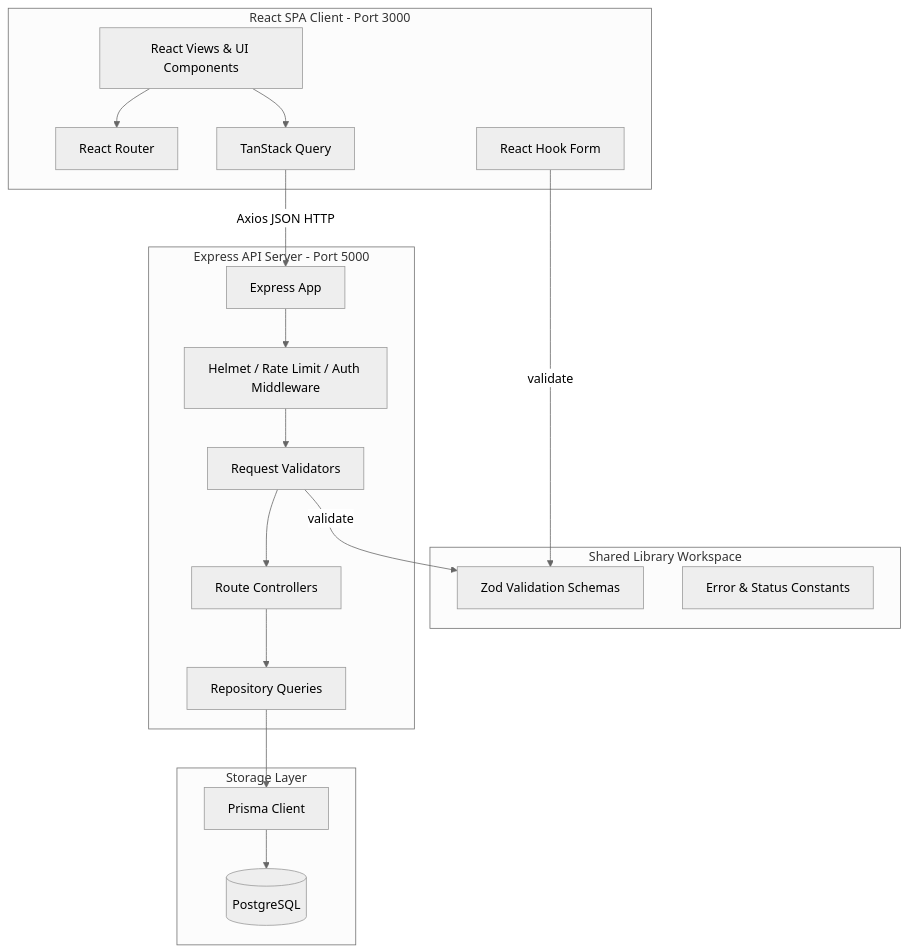
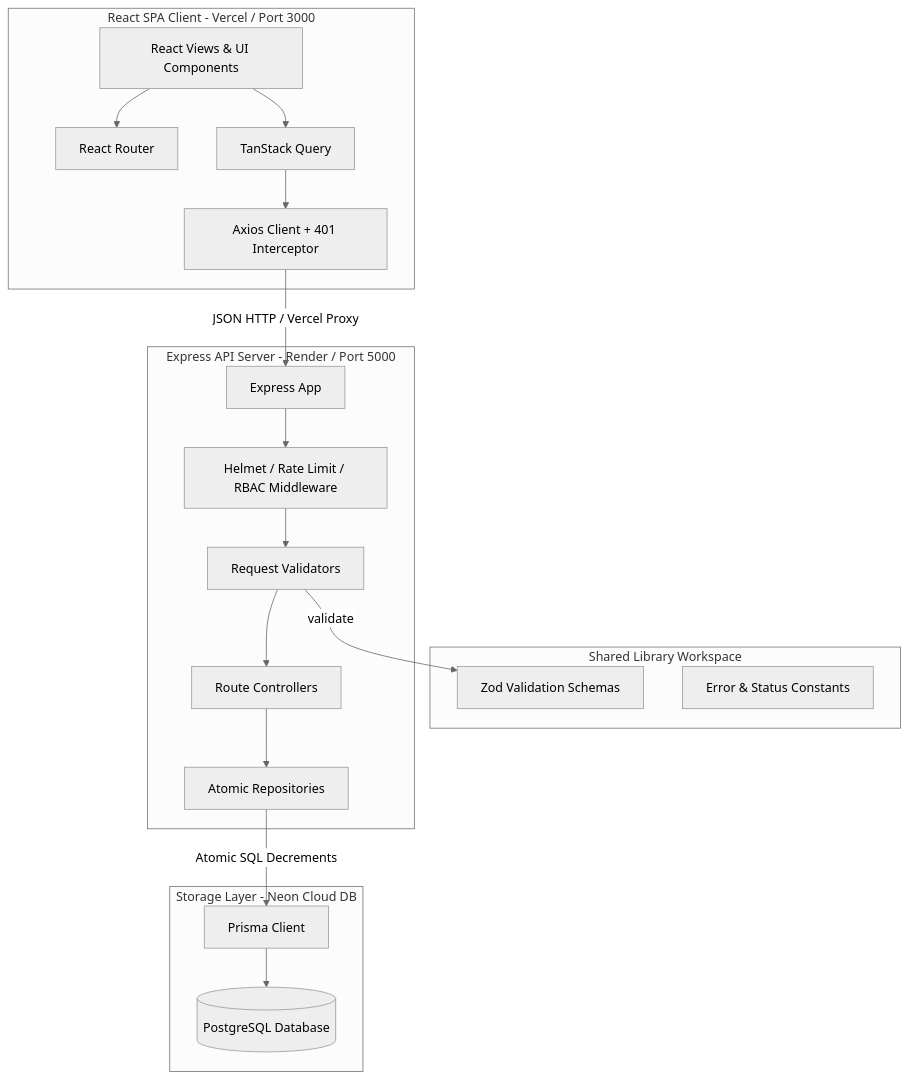
One commit to Kishanfdt/AnalyticxIQ changed the diagram in README.md. Above: the diagram before and after it, drawn with Mermaid (neutral theme). The commit also changed other lines of this file, not shown here.

````diff
--- a/README.md
+++ b/README.md
@@ -53,39 +56,39 @@
 ```mermaid
 graph TD
-  subgraph Frontend [React SPA Client - Port 3000]
+  subgraph Frontend [React SPA Client - Vercel / Port 3000]
     UI[React Views & UI Components]
     R[React Router]
     TQ[TanStack Query]
-    RHF[React Hook Form]
+    Axios[Axios Client + 401 Interceptor]
   end
 
   subgraph Shared [Shared Library Workspace]
     ZS[Zod Validation Schemas]
     C[Error & Status Constants]
   end
 
-  subgraph Backend [Express API Server - Port 5000]
+  subgraph Backend [Express API Server - Render / Port 5000]
     App[Express App]
-    MW[Helmet / Rate Limit / Auth Middleware]
+    MW[Helmet / Rate Limit / RBAC Middleware]
     Val[Request Validators]
     Ctrl[Route Controllers]
-    Repo[Repository Queries]
+    Repo[Atomic Repositories]
   end
 
-  subgraph Database [Storage Layer]
+  subgraph Database [Storage Layer - Neon Cloud DB]
     P[Prisma Client]
-    DB[(PostgreSQL)]
+    DB[(PostgreSQL Database)]
   end
 
   UI --> R
   UI --> TQ
-  TQ -->|Axios JSON HTTP| App
-  RHF -->|validate| ZS
-  Val -->|validate| ZS
+  TQ --> Axios
+  Axios -->|JSON HTTP / Vercel Proxy| App
   App --> MW
   MW --> Val
+  Val -->|validate| ZS
   Val --> Ctrl
   Ctrl --> Repo
-  Repo --> P
+  Repo -->|Atomic SQL Decrements| P
   P --> DB
 ```
````
